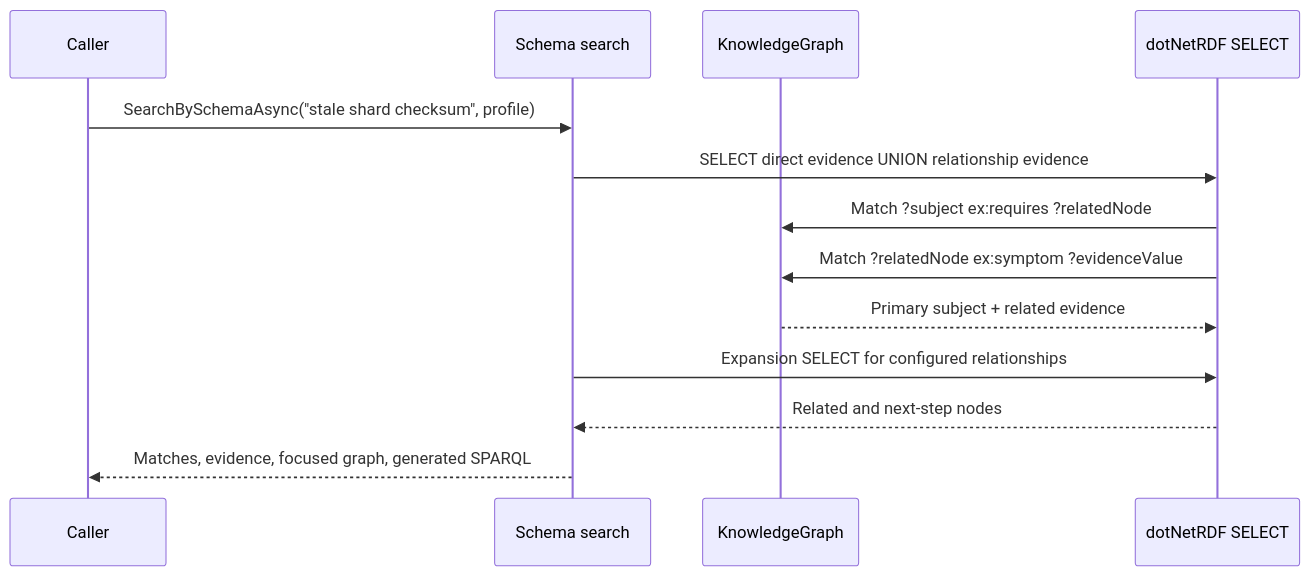
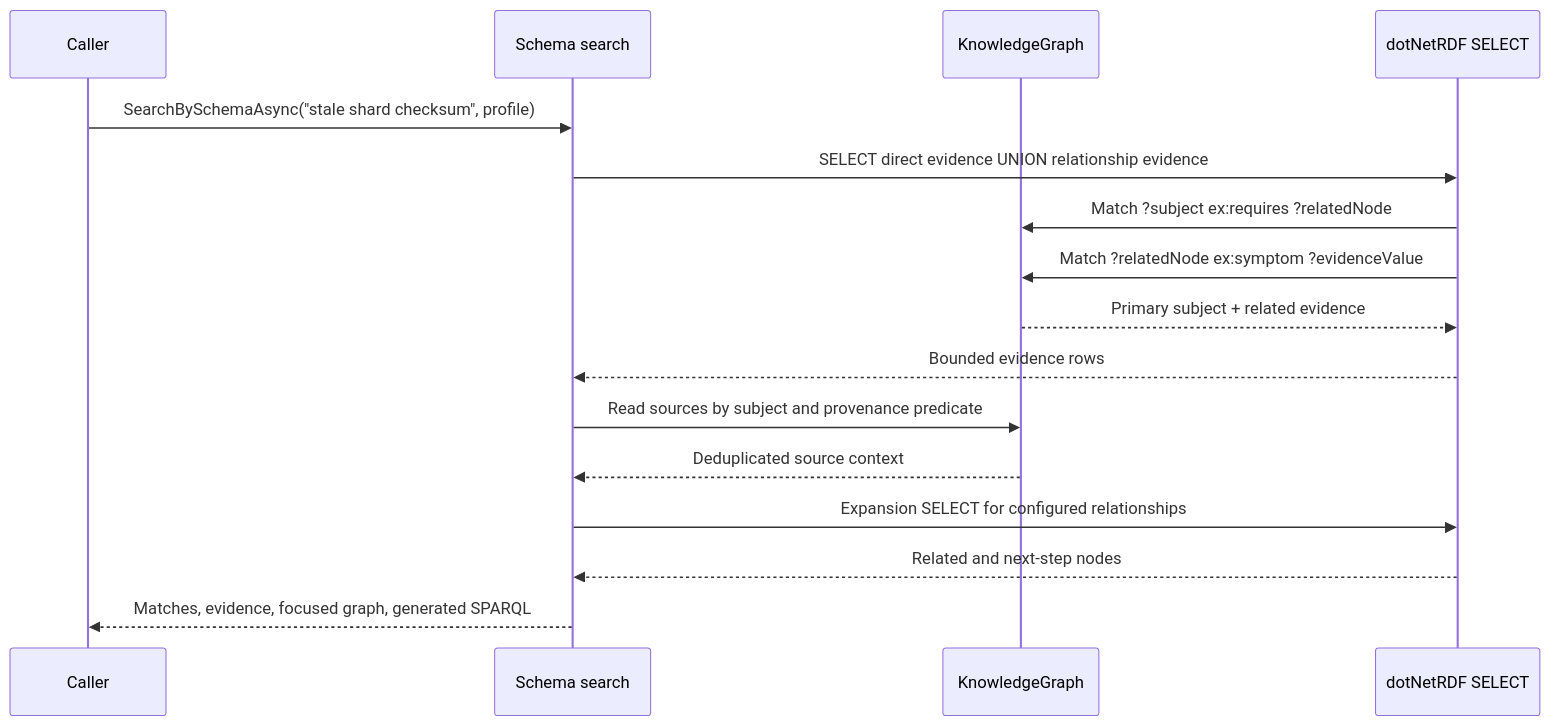
Before and after one commit to managedcode/markdown-ld-kb: the second of 4 diagrams in docs/Features/SchemaAwareSparqlSearch.md, drawn with Mermaid. The commit also changed other lines of this file and 9 other files, not shown here.

Commit message:
Release 0.3.2 with indexed schema search provenance

````diff
--- a/docs/Features/SchemaAwareSparqlSearch.md
+++ b/docs/Features/SchemaAwareSparqlSearch.md
@@ -115,16 +115,19 @@
 ```mermaid
 sequenceDiagram
     participant Caller
     participant Search as Schema search
     participant Graph as KnowledgeGraph
     participant SPARQL as dotNetRDF SELECT
 
     Caller->>Search: SearchBySchemaAsync("stale shard checksum", profile)
     Search->>SPARQL: SELECT direct evidence UNION relationship evidence
     SPARQL->>Graph: Match ?subject ex:requires ?relatedNode
     SPARQL->>Graph: Match ?relatedNode ex:symptom ?evidenceValue
     Graph-->>SPARQL: Primary subject + related evidence
+    SPARQL-->>Search: Bounded evidence rows
+    Search->>Graph: Read sources by subject and provenance predicate
+    Graph-->>Search: Deduplicated source context
     Search->>SPARQL: Expansion SELECT for configured relationships
     SPARQL-->>Search: Related and next-step nodes
     Search-->>Caller: Matches, evidence, focused graph, generated SPARQL
 ```
````
